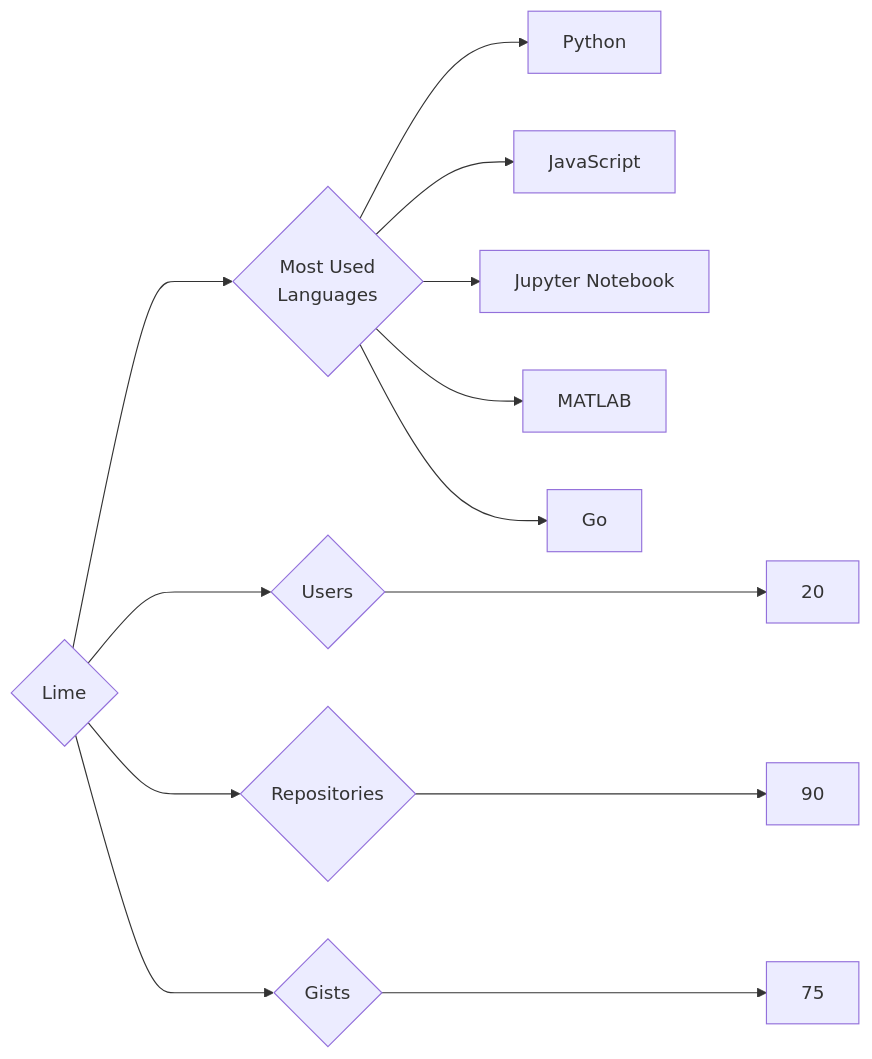
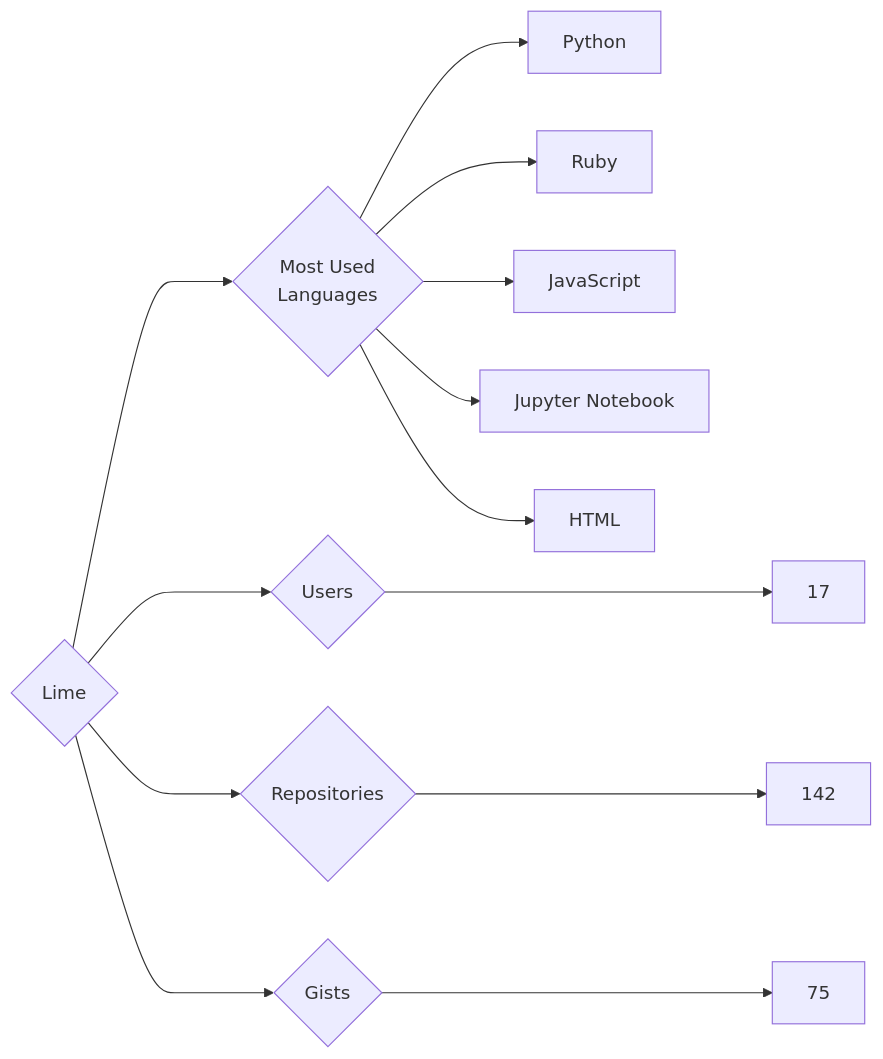
Before and after one commit to trickest/insiders: the diagram in targets/Lime/README.md, drawn with Mermaid. The commit also changed 838 other files, not shown here.

````diff
--- a/targets/Lime/README.md
+++ b/targets/Lime/README.md
@@ -3,13 +3,13 @@
 ```mermaid
 graph LR
 COMPANY_NAME{Lime}
-COMPANY_NAME ---> U{Users} ---> UN[20]
-COMPANY_NAME ---> R{Repositories} ---> RN[90]
+COMPANY_NAME ---> U{Users} ---> UN[17]
+COMPANY_NAME ---> R{Repositories} ---> RN[142]
 COMPANY_NAME ---> G{Gists} ---> GN[75]
 COMPANY_NAME ---> ML{Most Used<br>Languages}
 ML --> Python[Python]
+ML --> Ruby[Ruby]
 ML --> JavaScript[JavaScript]
 ML --> Jupyter_Notebook[Jupyter Notebook]
-ML --> MATLAB[MATLAB]
-ML --> Go[Go]
+ML --> HTML[HTML]
 ```
````
